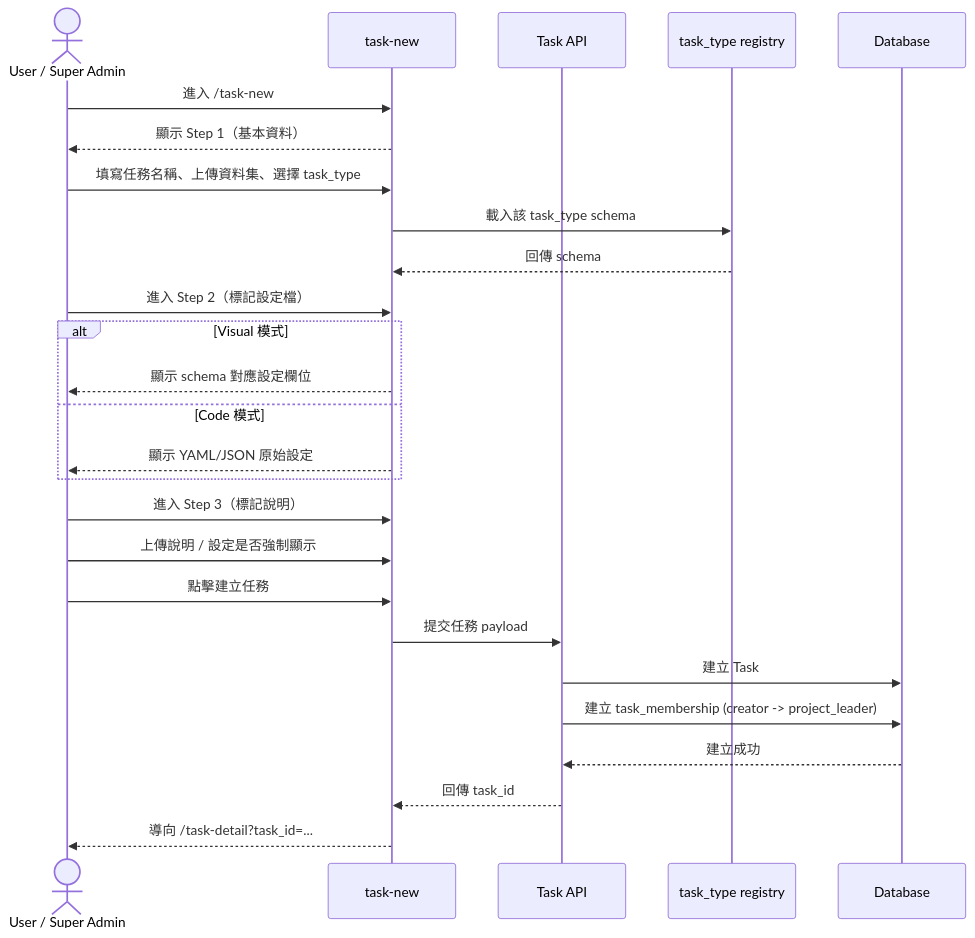
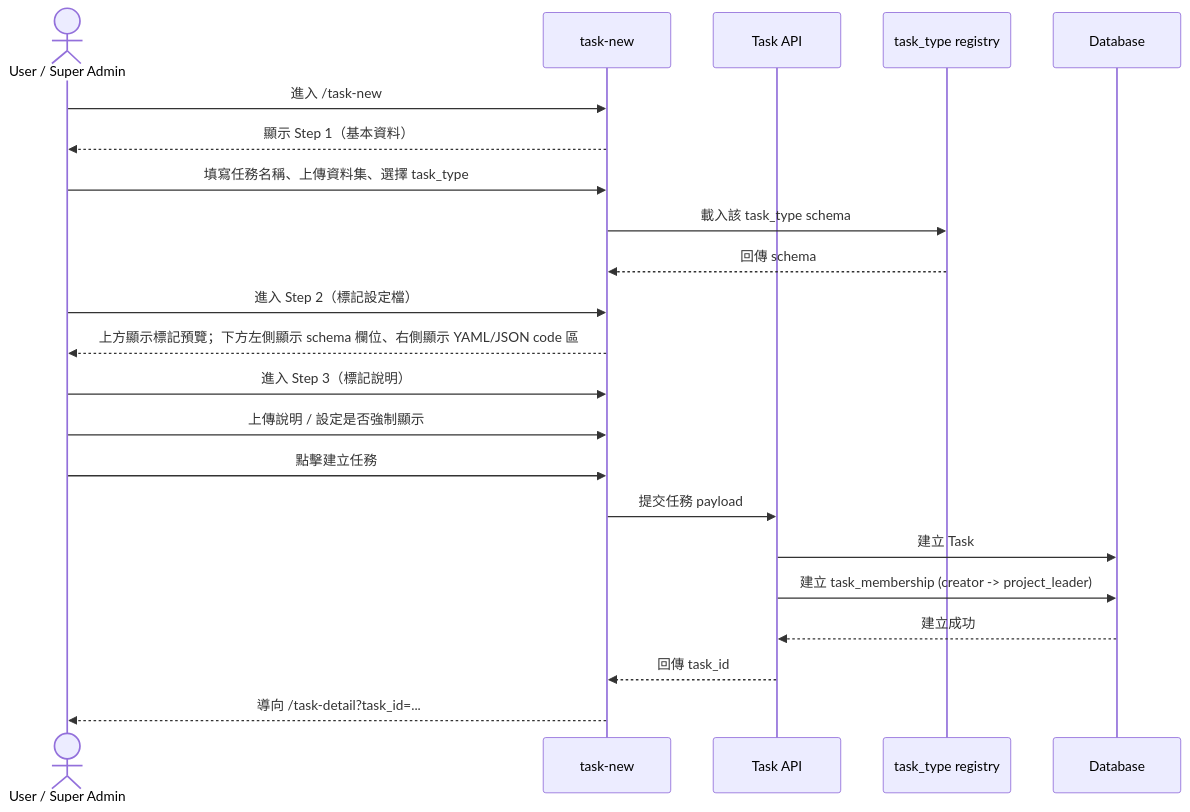
Before and after one commit to singyichen/label-suite: the first of 2 diagrams in specs/task-management/013-task-new/spec.md, drawn with Mermaid. The commit also changed other lines of this file and 1 other file, not shown here.

First line of the commit message:
feat(task-new): unify Step 2 into single-page layout (preview + schema + code)

````diff
--- a/specs/task-management/013-task-new/spec.md
+++ b/specs/task-management/013-task-new/spec.md
@@ -29,33 +29,29 @@
 ```mermaid
 sequenceDiagram
     actor U as User / Super Admin
     participant UI as task-new
     participant API as Task API
     participant Registry as task_type registry
     participant DB as Database
 
     U->>UI: 進入 /task-new
     UI-->>U: 顯示 Step 1（基本資料）
 
     U->>UI: 填寫任務名稱、上傳資料集、選擇 task_type
     UI->>Registry: 載入該 task_type schema
     Registry-->>UI: 回傳 schema
 
     U->>UI: 進入 Step 2（標記設定檔）
-    alt Visual 模式
-        UI-->>U: 顯示 schema 對應設定欄位
-    else Code 模式
-        UI-->>U: 顯示 YAML/JSON 原始設定
-    end
+    UI-->>U: 上方顯示標記預覽；下方左側顯示 schema 欄位、右側顯示 YAML/JSON code 區
 
     U->>UI: 進入 Step 3（標記說明）
     U->>UI: 上傳說明 / 設定是否強制顯示
 
     U->>UI: 點擊建立任務
     UI->>API: 提交任務 payload
     API->>DB: 建立 Task
     API->>DB: 建立 task_membership (creator -> project_leader)
     DB-->>API: 建立成功
     API-->>UI: 回傳 task_id
     UI-->>U: 導向 /task-detail?task_id=...
 ```
````
